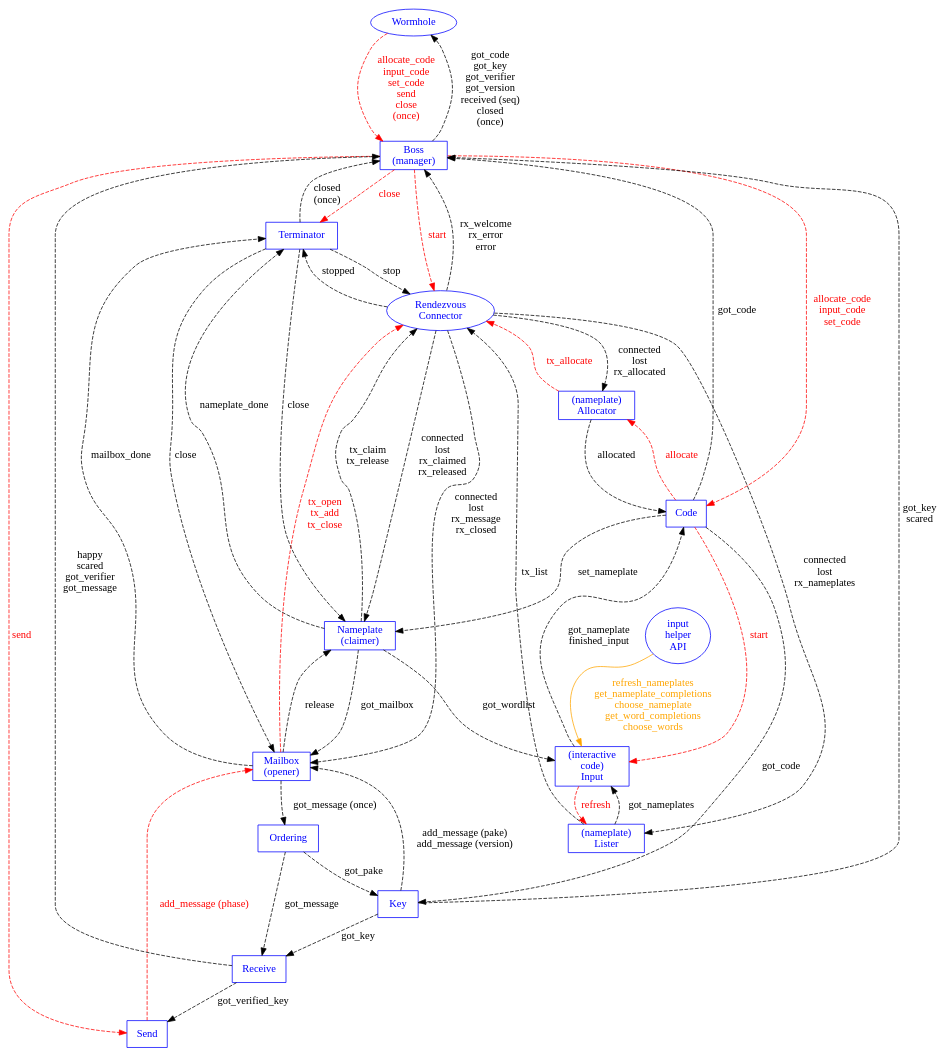
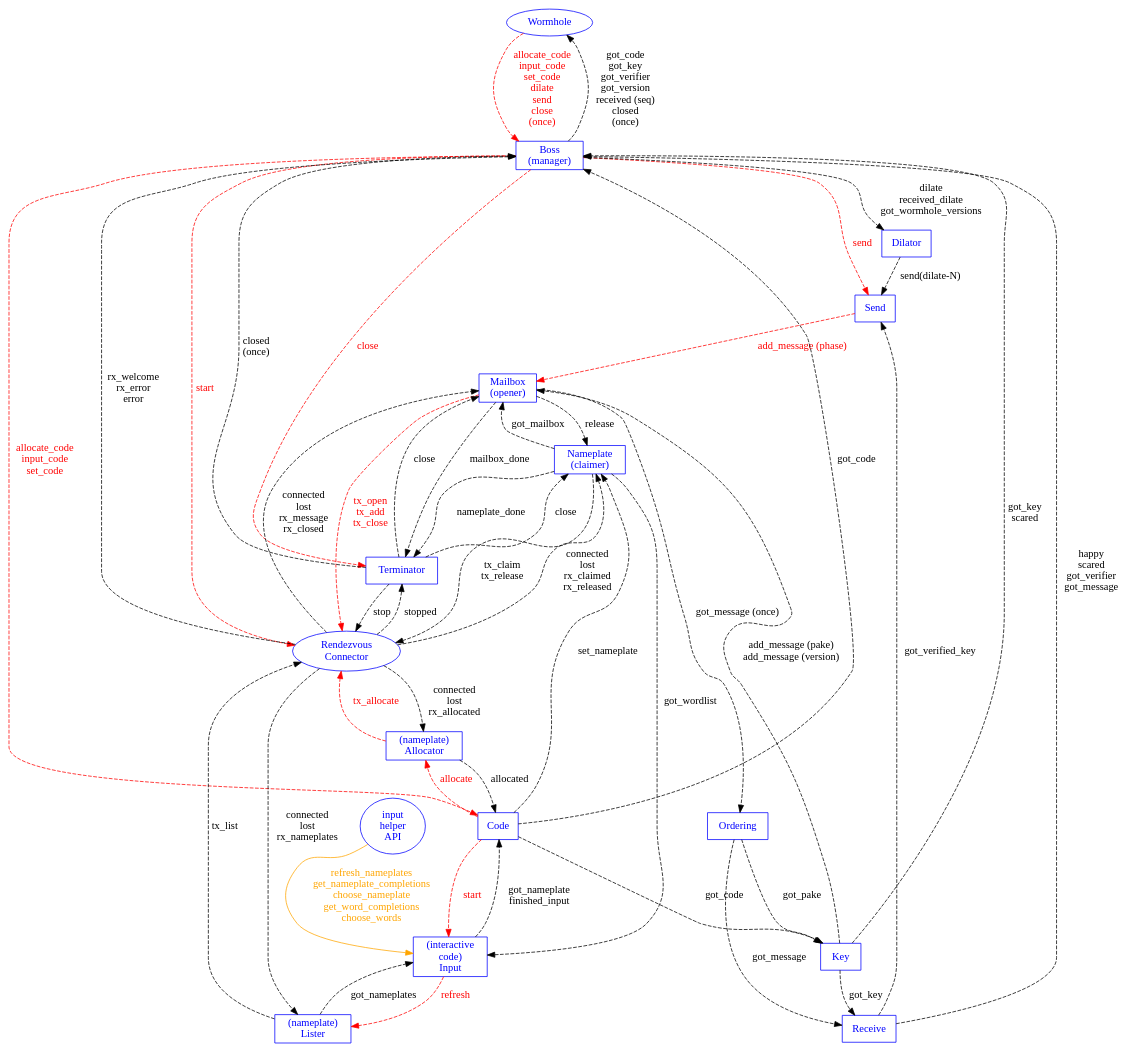
The diagram in docs/state-machines/machines.dot (magic-wormhole/magic-wormhole), drawn with Graphviz before and after one commit. The commit also changed 30 other files, not shown here.

```diff
--- a/docs/state-machines/machines.dot
+++ b/docs/state-machines/machines.dot
@@ -1,115 +1,119 @@
 digraph {
         Wormhole [shape="oval" color="blue" fontcolor="blue"]
         Boss [shape="box" label="Boss\n(manager)"
                   color="blue" fontcolor="blue"]
         Nameplate [label="Nameplate\n(claimer)"
                    shape="box" color="blue" fontcolor="blue"]
         Mailbox [label="Mailbox\n(opener)"
                  shape="box" color="blue" fontcolor="blue"]
         Connection [label="Rendezvous\nConnector"
                     shape="oval" color="blue" fontcolor="blue"]
         #websocket [color="blue" fontcolor="blue"]
         Order [shape="box" label="Ordering" color="blue" fontcolor="blue"]
         Key [shape="box" label="Key" color="blue" fontcolor="blue"]
         Send [shape="box" label="Send" color="blue" fontcolor="blue"]
         Receive [shape="box" label="Receive" color="blue" fontcolor="blue"]
         Code [shape="box" label="Code" color="blue" fontcolor="blue"]
         Lister [shape="box" label="(nameplate)\nLister"
                 color="blue" fontcolor="blue"]
         Allocator [shape="box" label="(nameplate)\nAllocator"
                    color="blue" fontcolor="blue"]
         Input [shape="box" label="(interactive\ncode)\nInput"
                color="blue" fontcolor="blue"]
         Terminator [shape="box" color="blue" fontcolor="blue"]
         InputHelperAPI [shape="oval" label="input\nhelper\nAPI"
                         color="blue" fontcolor="blue"]
+        Dilator [shape="box" label="Dilator" color="blue" fontcolor="blue"]
 
         #Connection -> websocket [color="blue"]
         #Connection -> Order [color="blue"]
 
         Wormhole -> Boss [style="dashed"
-                          label="allocate_code\ninput_code\nset_code\nsend\nclose\n(once)"
+                          label="allocate_code\ninput_code\nset_code\ndilate\nsend\nclose\n(once)"
                           color="red" fontcolor="red"]
         #Wormhole -> Boss [color="blue"]
         Boss -> Wormhole [style="dashed" label="got_code\ngot_key\ngot_verifier\ngot_version\nreceived (seq)\nclosed\n(once)"]
 
         #Boss -> Connection [color="blue"]
         Boss -> Connection [style="dashed" label="start"
                             color="red" fontcolor="red"]
         Connection -> Boss [style="dashed" label="rx_welcome\nrx_error\nerror"]
 
         Boss -> Send [style="dashed" color="red" fontcolor="red" label="send"]
 
         #Boss -> Mailbox [color="blue"]
         Mailbox -> Order [style="dashed" label="got_message (once)"]
         Key -> Boss [style="dashed" label="got_key\nscared"]
         Order -> Key [style="dashed" label="got_pake"]
         Order -> Receive [style="dashed" label="got_message"]
         #Boss -> Key [color="blue"]
         Key -> Mailbox [style="dashed"
                         label="add_message (pake)\nadd_message (version)"]
         Receive -> Send [style="dashed" label="got_verified_key"]
         Send -> Mailbox [style="dashed" color="red" fontcolor="red"
                          label="add_message (phase)"]
 
         Key -> Receive [style="dashed" label="got_key"]
         Receive -> Boss [style="dashed"
                          label="happy\nscared\ngot_verifier\ngot_message"]
         Nameplate -> Connection [style="dashed"
                                  label="tx_claim\ntx_release"]
         Connection -> Nameplate [style="dashed"
                                  label="connected\nlost\nrx_claimed\nrx_released"]
         Mailbox -> Nameplate [style="dashed" label="release"]
         Nameplate -> Mailbox [style="dashed" label="got_mailbox"]
         Nameplate -> Input [style="dashed" label="got_wordlist"]
 
         Mailbox -> Connection [style="dashed" color="red" fontcolor="red"
                                label="tx_open\ntx_add\ntx_close"
                                ]
         Connection -> Mailbox [style="dashed"
                                label="connected\nlost\nrx_message\nrx_closed"]
 
         Connection -> Lister [style="dashed"
                               label="connected\nlost\nrx_nameplates"
                               ]
         Lister -> Connection [style="dashed"
                               label="tx_list"
                               ]
 
         #Boss -> Code [color="blue"]
         Connection -> Allocator [style="dashed"
                                  label="connected\nlost\nrx_allocated"]
         Allocator -> Connection [style="dashed" color="red" fontcolor="red"
                                  label="tx_allocate"
                                  ]
         Lister -> Input [style="dashed"
                          label="got_nameplates"
                          ]
         #Code -> Lister [color="blue"]
         Input -> Lister [style="dashed" color="red" fontcolor="red"
                          label="refresh"
                          ]
         Boss -> Code [style="dashed" color="red" fontcolor="red"
                       label="allocate_code\ninput_code\nset_code"]
         Code -> Boss [style="dashed" label="got_code"]
         Code -> Key [style="dashed" label="got_code"]
         Code -> Nameplate [style="dashed" label="set_nameplate"]
 
         Code -> Input [style="dashed" color="red" fontcolor="red" label="start"]
         Input -> Code [style="dashed" label="got_nameplate\nfinished_input"]
         InputHelperAPI -> Input [label="refresh_nameplates\nget_nameplate_completions\nchoose_nameplate\nget_word_completions\nchoose_words" color="orange" fontcolor="orange"]
 
         Code -> Allocator [style="dashed" color="red" fontcolor="red"
                            label="allocate"]
         Allocator -> Code [style="dashed" label="allocated"]
 
         Nameplate -> Terminator [style="dashed" label="nameplate_done"]
         Mailbox -> Terminator [style="dashed" label="mailbox_done"]
         Terminator -> Nameplate [style="dashed" label="close"]
         Terminator -> Mailbox [style="dashed" label="close"]
         Terminator -> Connection [style="dashed" label="stop"]
         Connection -> Terminator [style="dashed" label="stopped"]
         Terminator -> Boss [style="dashed" label="closed\n(once)"]
         Boss -> Terminator [style="dashed" color="red" fontcolor="red"
                             label="close"]
+
+        Boss -> Dilator [style="dashed" label="dilate\nreceived_dilate\ngot_wormhole_versions"]
+        Dilator -> Send [style="dashed" label="send(dilate-N)"]
 }
```
